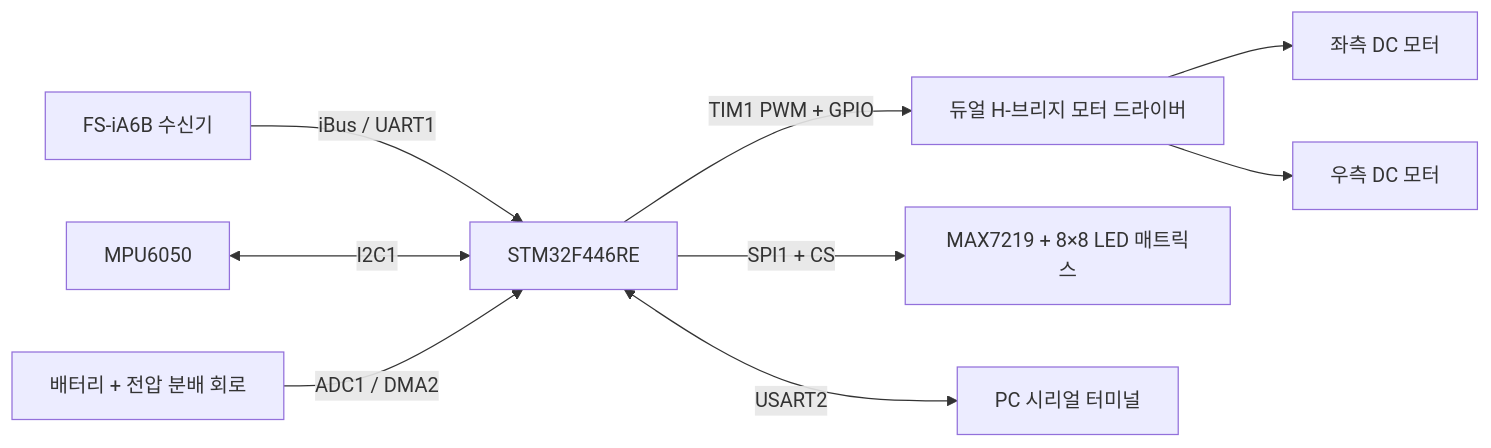
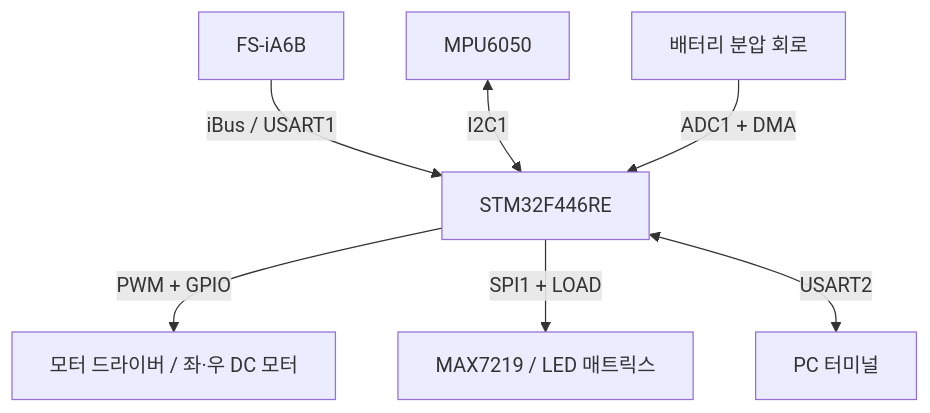
The first of 2 diagrams in README.md (qwerasdfuiop/rc_car), drawn with Mermaid before and after one commit. The commit also changed other lines of this file, not shown here.

Commit message:
docs: rewrite README with FreeRTOS architecture and current implementation

````diff
--- a/README.md
+++ b/README.md
@@ -32,11 +42,9 @@
 ```mermaid
-flowchart LR
-    RX[FS-iA6B 수신기] -->|iBus / UART1| MCU[STM32F446RE]
-    IMU[MPU6050] <-->|I2C1| MCU
-    BAT[배터리 + 전압 분배 회로] -->|ADC1 / DMA2| MCU
-    MCU -->|TIM1 PWM + GPIO| DRIVER[듀얼 H-브리지 모터 드라이버]
-    DRIVER --> LEFT[좌측 DC 모터]
-    DRIVER --> RIGHT[우측 DC 모터]
-    MCU -->|SPI1 + CS| LED[MAX7219 + 8×8 LED 매트릭스]
-    MCU <-->|USART2| PC[PC 시리얼 터미널]
+flowchart TD
+    RX["FS-iA6B"] -->|"iBus / USART1"| MCU["STM32F446RE"]
+    IMU["MPU6050"] <-->|"I2C1"| MCU
+    BAT["배터리 분압 회로"] -->|"ADC1 + DMA"| MCU
+    MCU -->|"PWM + GPIO"| MOTOR["모터 드라이버 / 좌·우 DC 모터"]
+    MCU -->|"SPI1 + LOAD"| LED["MAX7219 / LED 매트릭스"]
+    MCU <-->|"USART2"| PC["PC 터미널"]
 ```
````
